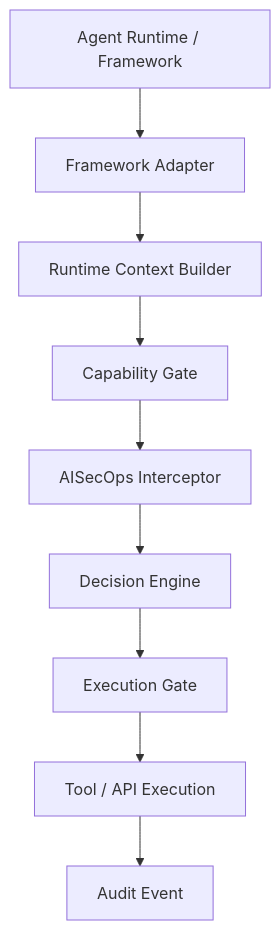
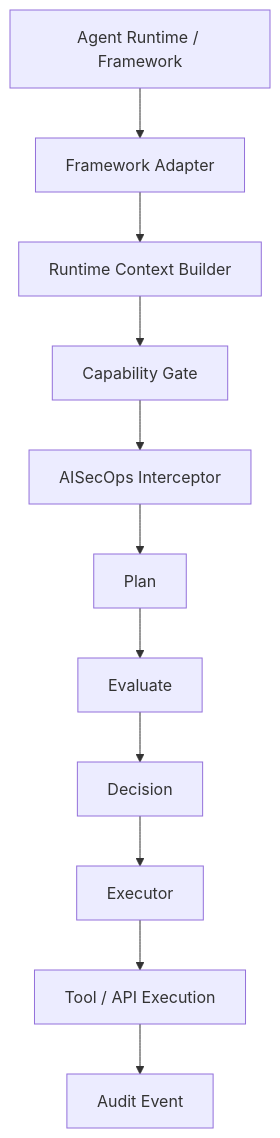
The first of 6 diagrams in README.md (viplavfauzdar/aisecops-interceptor), drawn with Mermaid before and after one commit. The commit also changed other lines of this file, not shown here.

Commit message:
Refresh README architecture docs

````diff
--- a/README.md
+++ b/README.md
@@ -334,21 +355,15 @@
 ```mermaid
 flowchart TD
 
 A[Agent Runtime / Framework]
-
 A --> B[Framework Adapter]
-
 B --> C[Runtime Context Builder]
-
 C --> D[Capability Gate]
-
 D --> E[AISecOps Interceptor]
-
-E --> F[Decision Engine]
-
-F --> G[Execution Gate]
-
-G --> H[Tool / API Execution]
-
-H --> I[Audit Event]
+E --> F[Plan]
+F --> G[Evaluate]
+G --> H[Decision]
+H --> I[Executor]
+I --> J[Tool / API Execution]
+J --> K[Audit Event]
 ```
````
